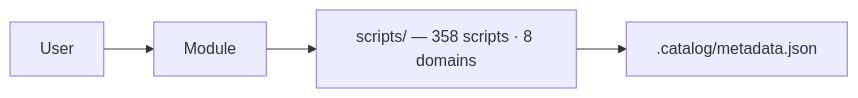
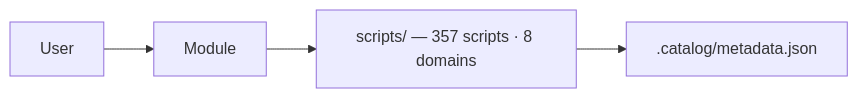
Before and after one commit to Carme99/bug-free-umbrella: the second of 2 diagrams in docs/Module.md, drawn with Mermaid. The commit also changed other lines of this file and 28 other files, not shown here.

````diff
--- a/docs/Module.md
+++ b/docs/Module.md
@@ -58,6 +58,6 @@
 ```mermaid
 flowchart LR
     User --> MOD[Module]
-    MOD --> SCRIPTS[scripts/ — 358 scripts · 8 domains]
+    MOD --> SCRIPTS[scripts/ — 357 scripts · 8 domains]
     SCRIPTS --> CAT[.catalog/metadata.json]
 ```
````
